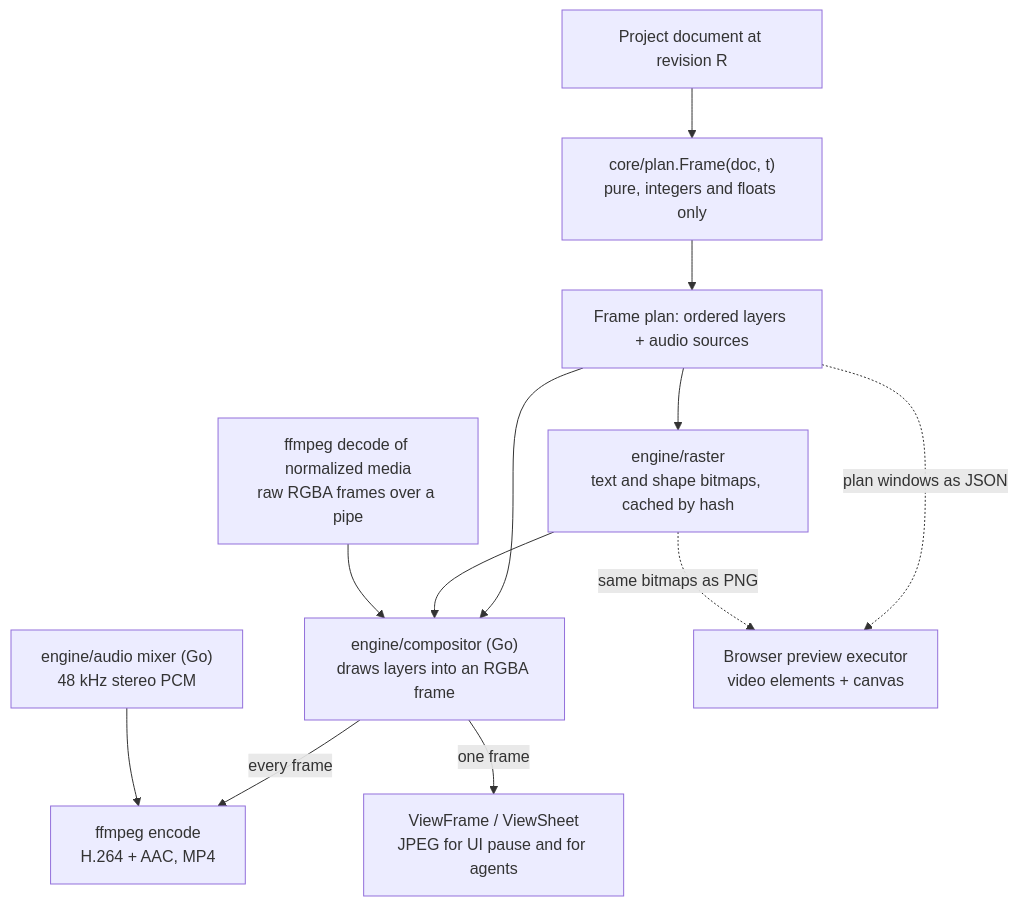
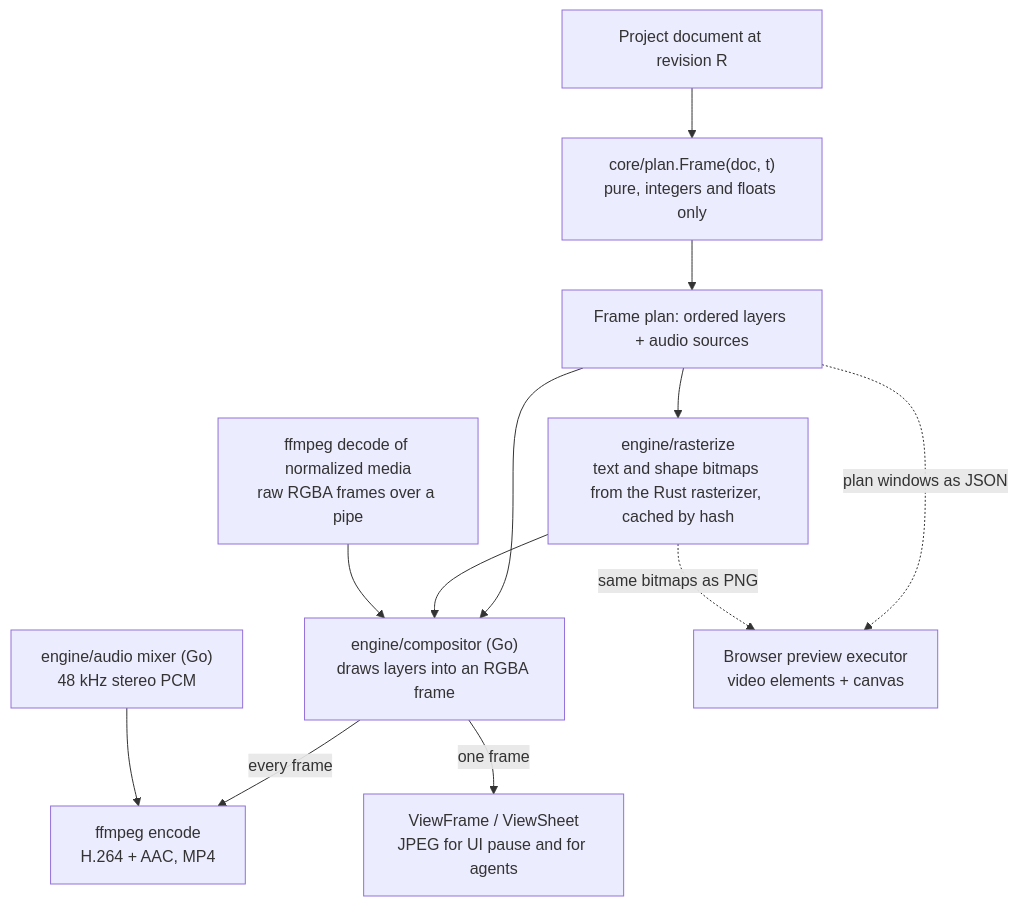
One commit to AlexGalhardo/stuarty changed the diagram in docs/sdds/004-render-pipeline.md. Above: the diagram before and after it, drawn with Mermaid. The commit also changed other lines of this file and 118 other files, not shown here.

````diff
--- a/docs/sdds/004-render-pipeline.md
+++ b/docs/sdds/004-render-pipeline.md
@@ -28,14 +28,14 @@
 ```mermaid
 flowchart TB
   DOC[Project document at revision R] --> PLAN["core/plan.Frame(doc, t)<br/>pure, integers and floats only"]
   PLAN --> FP[Frame plan: ordered layers + audio sources]
-  FP --> RAST["engine/raster<br/>text and shape bitmaps, cached by hash"]
+  FP --> RAST["engine/rasterize<br/>text and shape bitmaps from the Rust rasterizer, cached by hash"]
   FP --> COMP["engine/compositor (Go)<br/>draws layers into an RGBA frame"]
   RAST --> COMP
   DEC["ffmpeg decode of normalized media<br/>raw RGBA frames over a pipe"] --> COMP
   COMP -->|every frame| ENC["ffmpeg encode<br/>H.264 + AAC, MP4"]
   COMP -->|one frame| FRAME["ViewFrame / ViewSheet<br/>JPEG for UI pause and for agents"]
   MIX["engine/audio mixer (Go)<br/>48 kHz stereo PCM"] --> ENC
   FP -. plan windows as JSON .-> PREV["Browser preview executor<br/>video elements + canvas"]
   RAST -. same bitmaps as PNG .-> PREV
 ```
````
